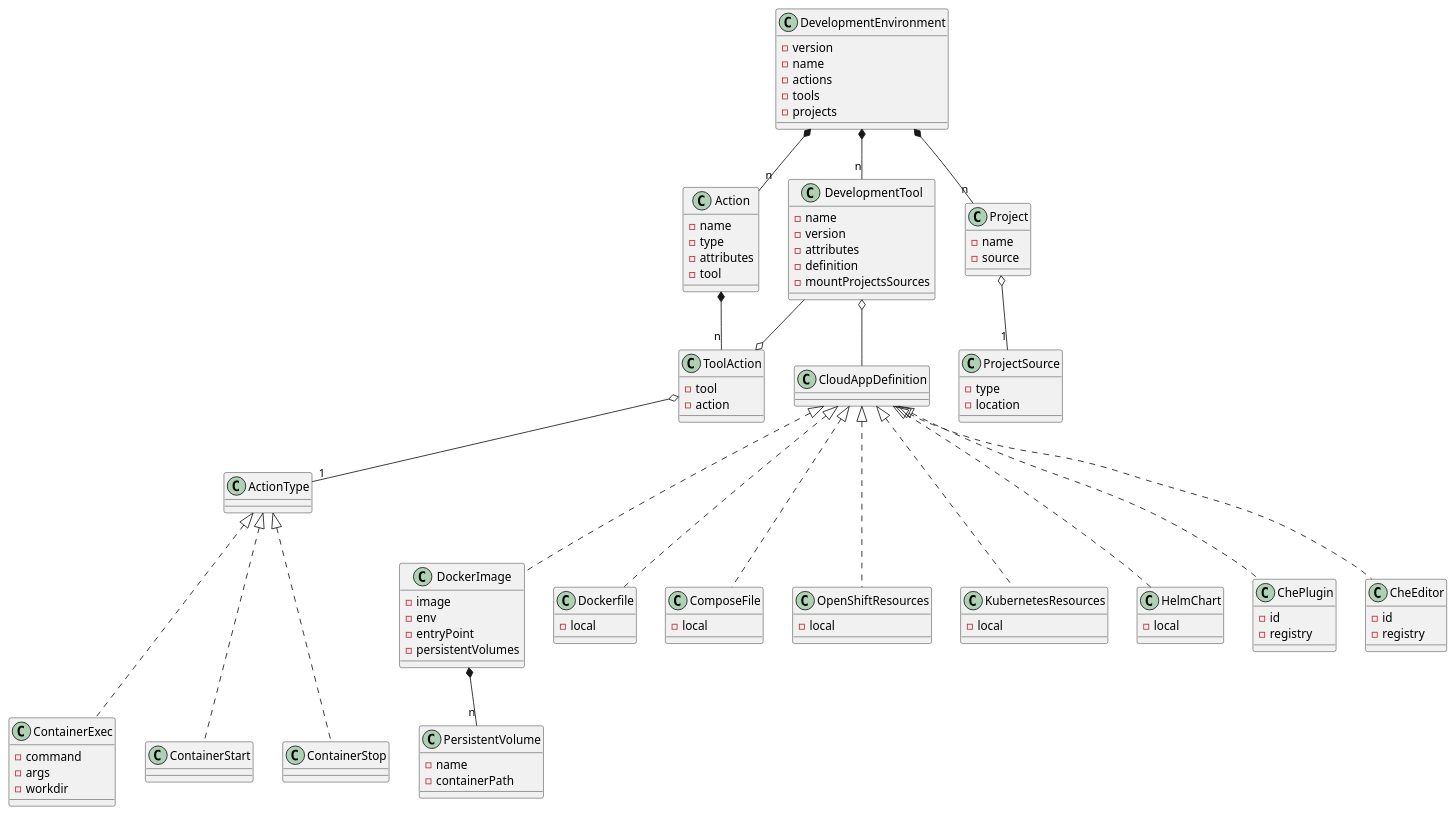
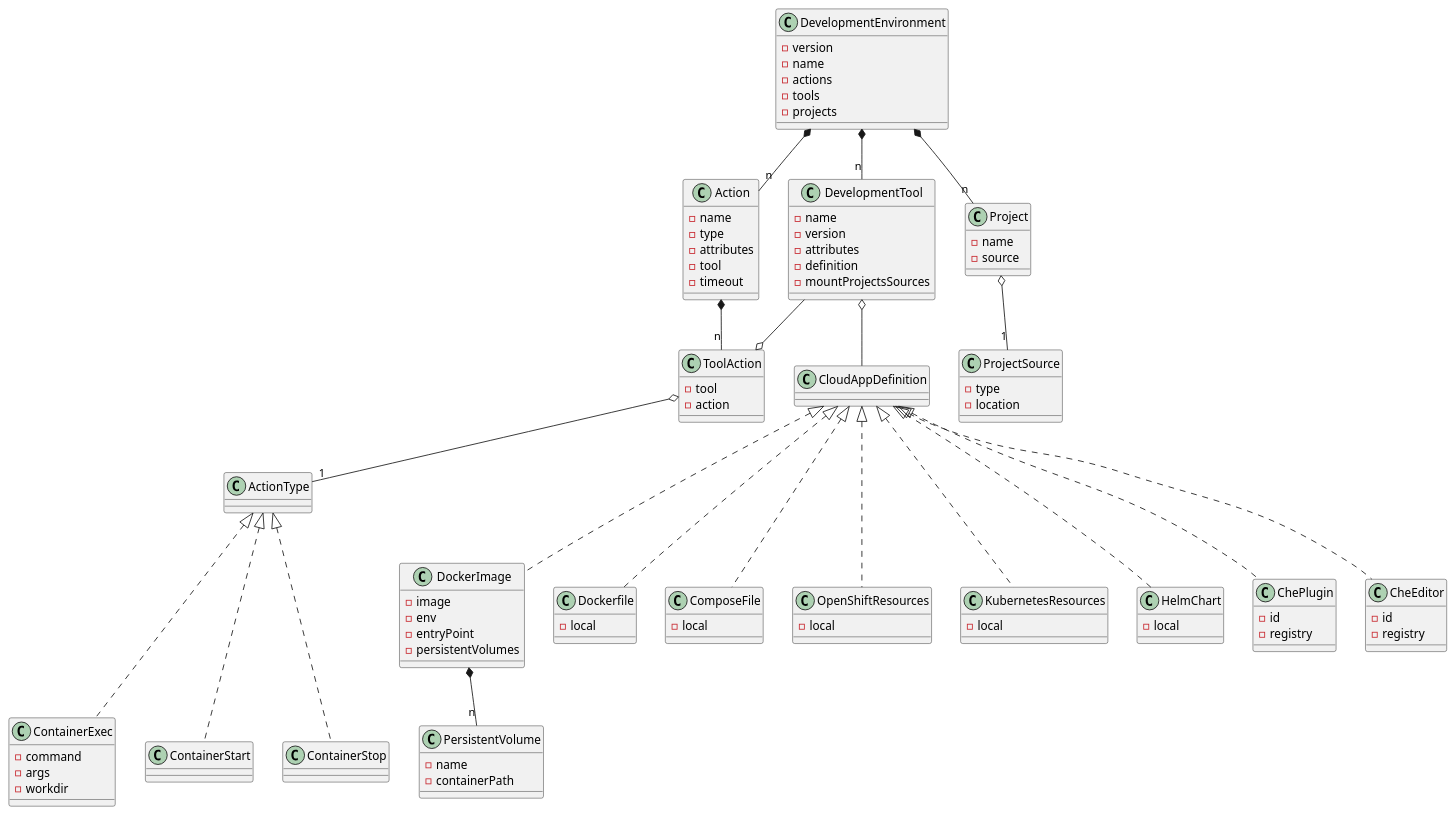
The diagram in devfile.plantuml (redhat-developer/devfile), drawn with PlantUML before and after one commit. The commit also changed 1 other file, not shown here.

Commit message:
Added actions timeout and the attribute runtType (sequential or parallel)

```diff
--- a/devfile.plantuml
+++ b/devfile.plantuml
@@ -1,134 +1,135 @@
 @startuml devfile
 
 class DevelopmentEnvironment {
   - version
   - name
   - actions
   - tools
   - projects
 }
 
 together {
   class DevelopmentTool
   class Action
   class Project
 }
 
 together {
   class ToolAction
   class CloudAppDefinition
 }
 
 DevelopmentEnvironment *-- "n" DevelopmentTool
 DevelopmentEnvironment *-- "n" Action
 DevelopmentEnvironment *-- "n" Project
 
 class DevelopmentTool {
     - name
     - version
     - attributes
     - definition
     - mountProjectsSources
 }
 
 DevelopmentTool o-- CloudAppDefinition
 
 CloudAppDefinition <|-.. DockerImage
 CloudAppDefinition <|-.. Dockerfile
 CloudAppDefinition <|-.. ComposeFile
 CloudAppDefinition <|-.. OpenShiftResources
 CloudAppDefinition <|-.. KubernetesResources
 CloudAppDefinition <|-.. HelmChart
 CloudAppDefinition <|-.. ChePlugin
 CloudAppDefinition <|-.. CheEditor
 
 class Action {
   - name
   - type
   - attributes
   - tool
+  - timeout
 }
 
 Action *-- "n" ToolAction
 ToolAction o-- DevelopmentTool
 
 class ToolAction {
   - tool
   - action
 }
 
 ToolAction o-- "1" ActionType
 
 ActionType <|-..ContainerExec
 ActionType <|-..ContainerStart
 ActionType <|-..ContainerStop
 
 together {
   class ContainerExec
   class ContainerStart
   class ContainerStop
 }
 
 class ContainerExec {
   - command
   - args
   - workdir
 }
 
 class Project {
   - name
   - source
 }
 
 Project o-- "1" ProjectSource
 
 class ProjectSource {
   - type
   - location
 }
 
 class DockerImage {
   - image
   - env
   - entryPoint
   - persistentVolumes
 }
 
 DockerImage *-- "n" PersistentVolume
 
 class PersistentVolume {
   - name
   - containerPath
 }
 
 class ComposeFile {
   - local
 }
 
 class Dockerfile {
   - local
 }
 
 class OpenShiftResources {
   - local
 }
 
 class KubernetesResources {
   - local
 }
 
 class HelmChart {
   - local
 }
 
 class ChePlugin {
   - id
   - registry
 }
 
 class CheEditor {
   - id
   - registry
 }
 
 @enduml
```
